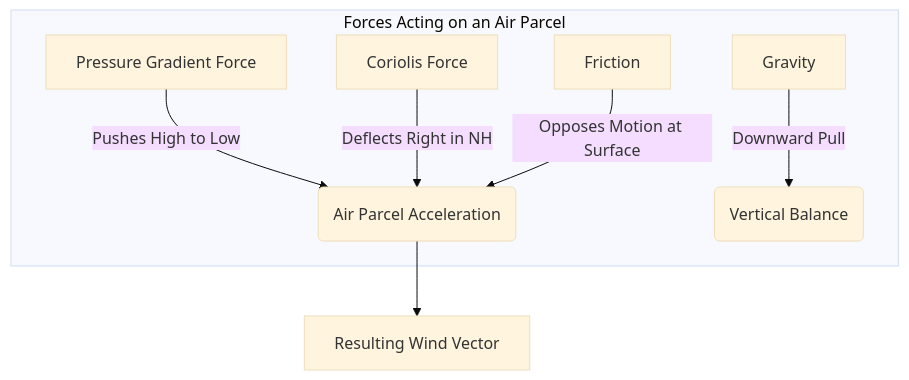
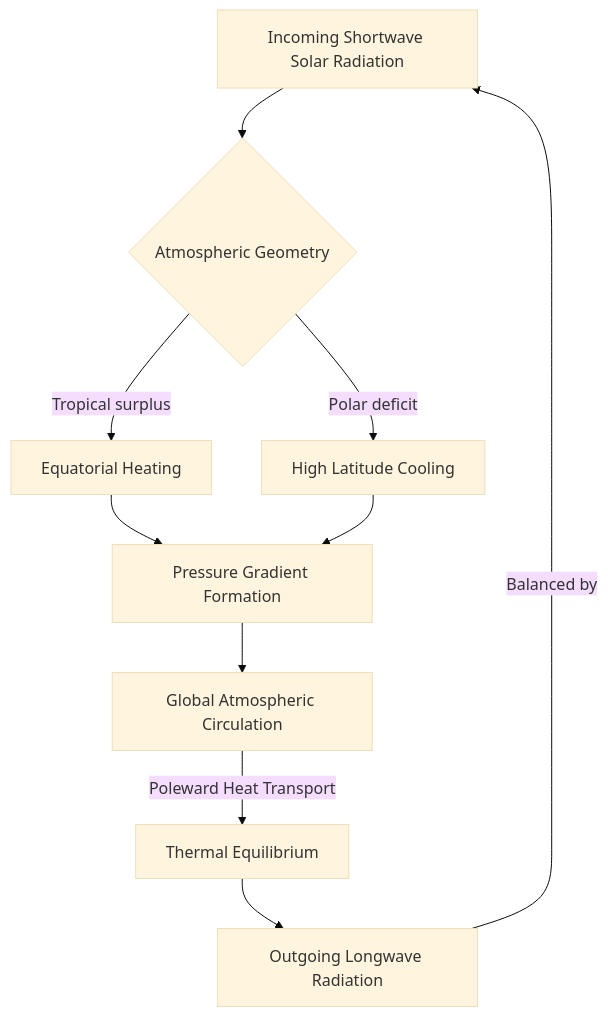
The first of 2 diagrams in textbook/chapters/chapter_01.md (shreesomnath/AI_in_weather_and_climate), drawn with Mermaid (base theme) before and after one commit. The commit also changed other lines of this file and 3 other files, not shown here.

````diff
--- a/textbook/chapters/chapter_01.md
+++ b/textbook/chapters/chapter_01.md
@@ -63,10 +16,12 @@
 ```mermaid
 graph TD
-    subgraph Forces Acting on an Air Parcel
-    A[Pressure Gradient Force] -->|Pushes High to Low| B(Air Parcel Acceleration)
-    C[Coriolis Force] -->|Deflects Right in NH| B
-    D[Friction] -->|Opposes Motion at Surface| B
-    E[Gravity] -->|Downward Pull| F(Vertical Balance)
-    end
-    B --> G[Resulting Wind Vector]
+    A[Incoming Shortwave Solar Radiation] --> B{Atmospheric Geometry}
+    B -->|Tropical surplus| C[Equatorial Heating]
+    B -->|Polar deficit| D[High Latitude Cooling]
+    C --> E[Pressure Gradient Formation]
+    D --> E
+    E --> F[Global Atmospheric Circulation]
+    F -->|Poleward Heat Transport| G[Thermal Equilibrium]
+    G --> H[Outgoing Longwave Radiation]
+    H -->|Balanced by| A
 ```
````
